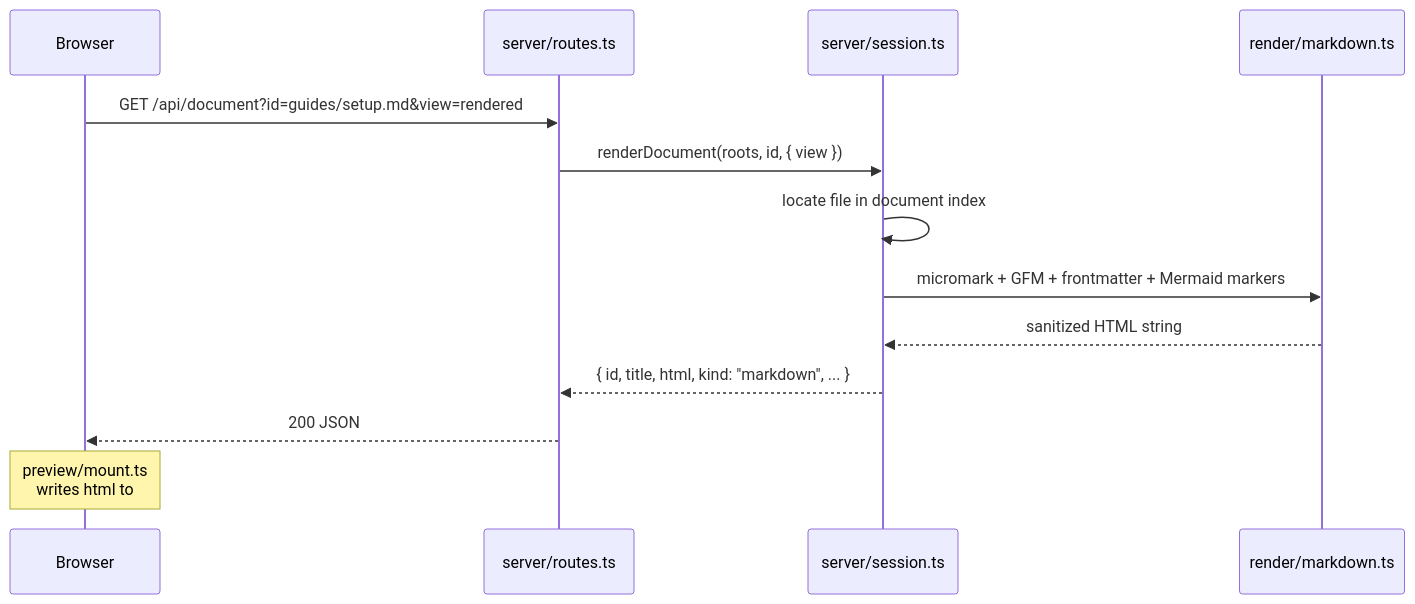
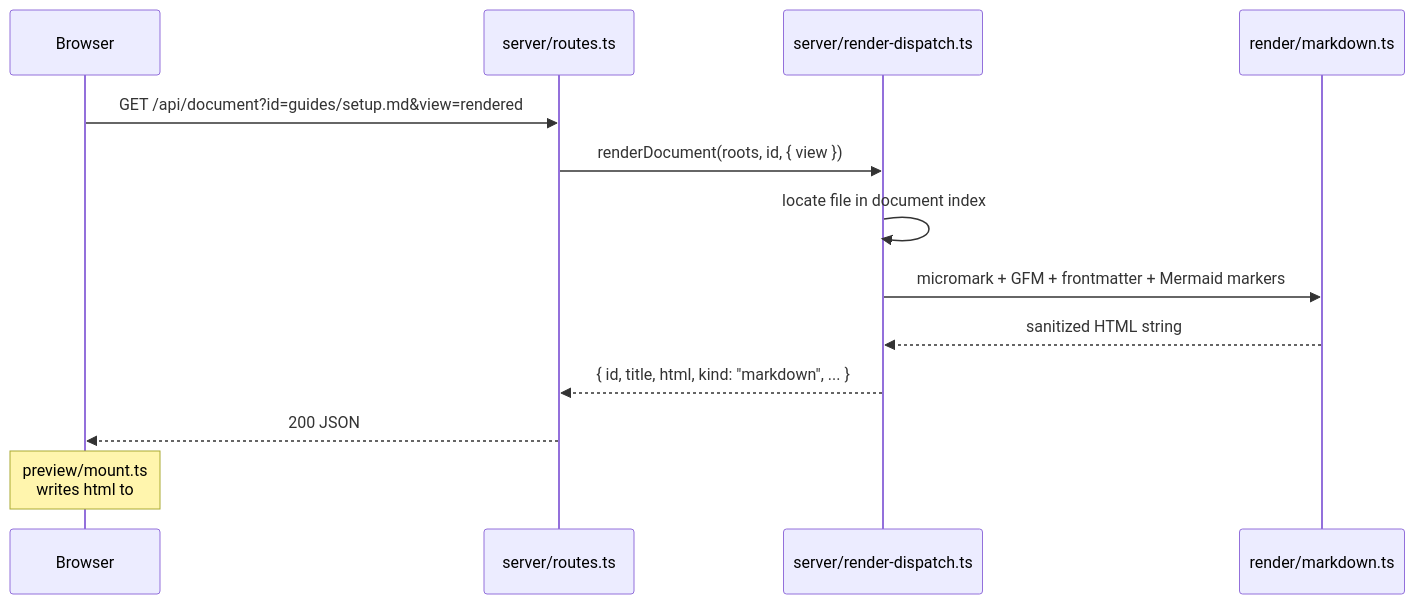
One commit to tjakobsson/uatu changed the second of 5 diagrams in ARCHITECTURE.md. Above: the diagram before and after it, drawn with Mermaid. The commit also changed other lines of this file and 78 other files, not shown here.

````diff
--- a/ARCHITECTURE.md
+++ b/ARCHITECTURE.md
@@ -99,15 +104,15 @@
 ```mermaid
 sequenceDiagram
   participant Browser
   participant Routes as server/routes.ts
-  participant Session as server/session.ts
+  participant Dispatch as server/render-dispatch.ts
   participant Render as render/markdown.ts
   Browser->>Routes: GET /api/document?id=guides/setup.md&view=rendered
-  Routes->>Session: renderDocument(roots, id, { view })
-  Session->>Session: locate file in document index
-  Session->>Render: micromark + GFM + frontmatter + Mermaid markers
-  Render-->>Session: sanitized HTML string
-  Session-->>Routes: { id, title, html, kind: "markdown", ... }
+  Routes->>Dispatch: renderDocument(roots, id, { view })
+  Dispatch->>Dispatch: locate file in document index
+  Dispatch->>Render: micromark + GFM + frontmatter + Mermaid markers
+  Render-->>Dispatch: sanitized HTML string
+  Dispatch-->>Routes: { id, title, html, kind: "markdown", ... }
   Routes-->>Browser: 200 JSON
   Note over Browser: preview/mount.ts<br/>writes html to #preview
 ```
````
